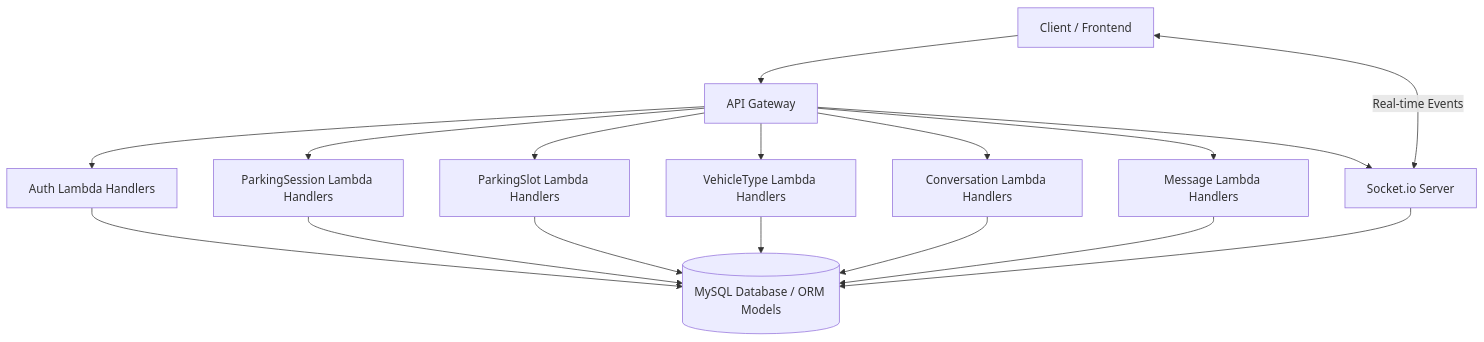
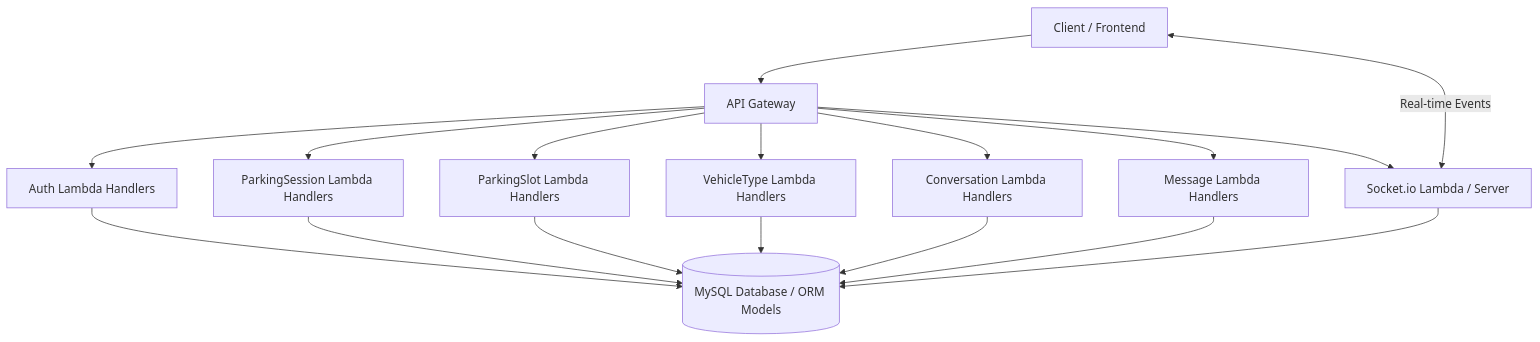
One commit to chukwutem-emi/Vehicle-Parking-Lot-System changed the second of 2 diagrams in README.md. Above: the diagram before and after it, drawn with Mermaid. The commit also changed other lines of this file, not shown here.

````diff
--- a/README.md
+++ b/README.md
@@ -58,21 +63,26 @@
 ```mermaid
   graph TD
+  %% Frontend
   Client[Client / Frontend] --> API[API Gateway]
-  Client <--> | Real-time Events | Socket[Socket.io Server]
 
+  %% API to Lambdas
   API --> Auth[Auth Lambda Handlers]
   API --> ParkingSession[ParkingSession Lambda Handlers]
   API --> ParkingSlot[ParkingSlot Lambda Handlers]
   API --> VehicleType[VehicleType Lambda Handlers]
   API --> Conversation[Conversation Lambda Handlers]
   API --> Message[Message Lambda Handlers]
   API --> Socket[Socket.io Server]
 
+  %% Real-time communication
+  Client <--> | Real-time Events | Socket[Socket.io Lambda / Server]
+
+  %% Lambdas to Database / ORM Models
   Auth --> DB[(MySQL Database / ORM Models)]
   ParkingSession --> DB
   ParkingSlot --> DB
   VehicleType --> DB
   Conversation --> DB
   Message --> DB
   Socket --> DB
 ```
````
